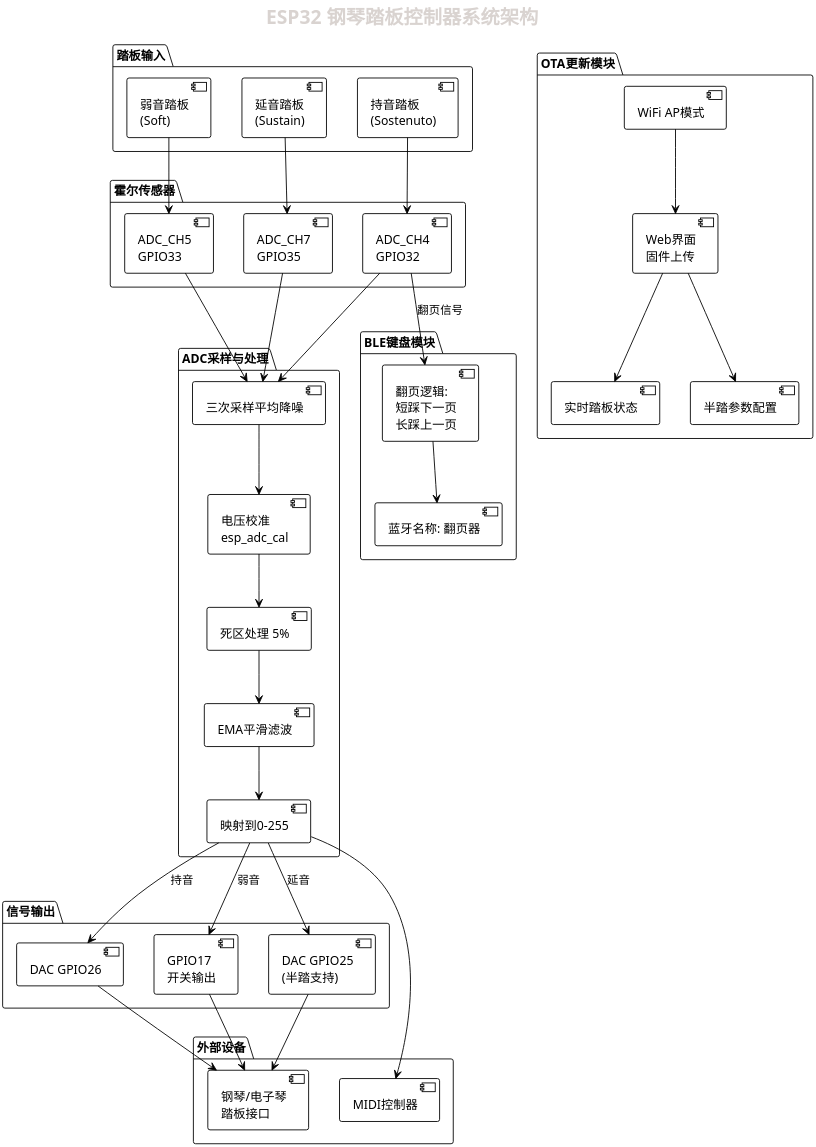
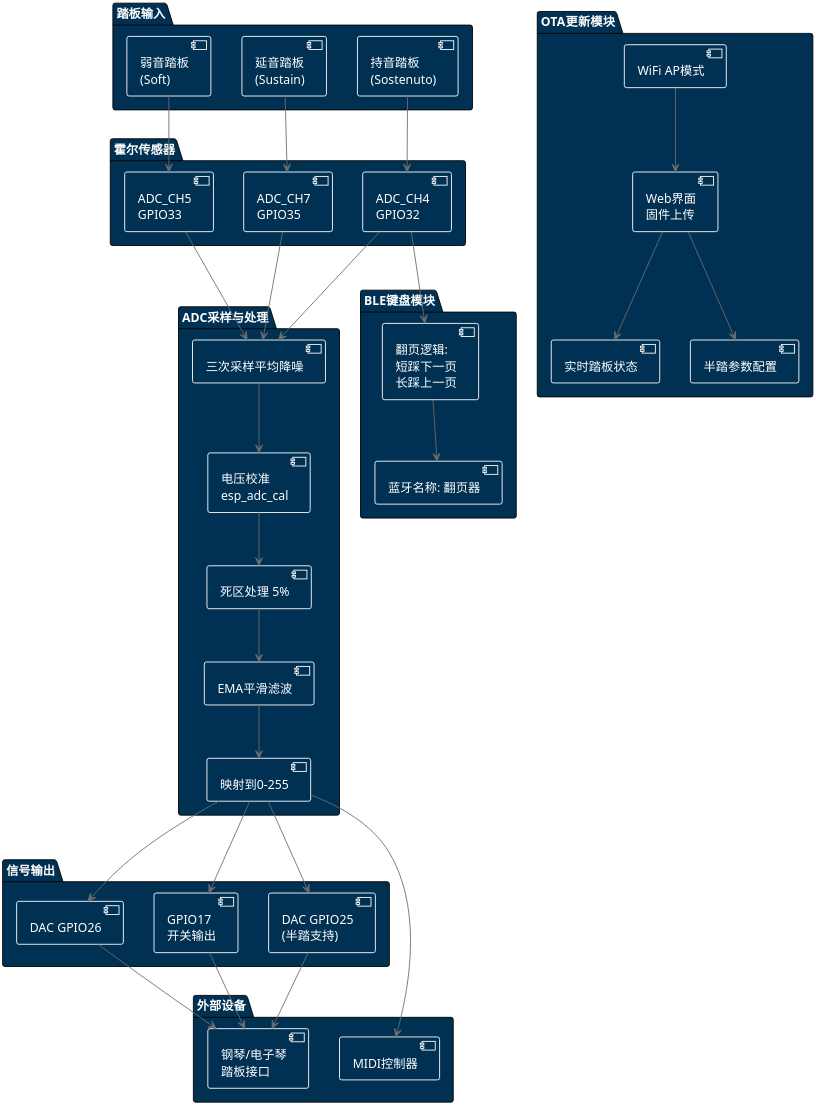
One commit to ningjx/ESP32_Piano_Pedal changed the diagram in Documents/puml/system_architecture.puml. Above: the diagram before and after it, drawn with PlantUML. The commit also changed 1 other file, not shown here.

```diff
--- a/Documents/puml/system_architecture.puml
+++ b/Documents/puml/system_architecture.puml
@@ -1,92 +1,90 @@
 @startuml
 !theme blueprint
 skinparam dpi 280
 skinparam backgroundColor transparent
 skinparam defaultFontName Microsoft YaHei UI
-skinparam componentBorderColor black
-skinparam componentBackgroundColor white
+skinparam componentBorderColor white
 skinparam arrowColor black
-skinparam arrowFontColor black
+skinparam arrowFontColor white
 skinparam packageBorderColor black
-skinparam packageBackgroundColor white
-skinparam packageFontColor black
-skinparam componentFontColor black
-skinparam componentArrowColor black
+skinparam packageFontColor white
+skinparam componentFontColor white
+skinparam componentArrowColor #6d6d6d
 skinparam componentStyle uml2
 
-title ESP32 钢琴踏板控制器系统架构
+'title ESP32 钢琴踏板控制器系统架构
 
 package "踏板输入" {
     [延音踏板\n(Sustain)] as sustain_pedal
     [持音踏板\n(Sostenuto)] as sostenuto_pedal
     [弱音踏板\n(Soft)] as soft_pedal
 }
 
 package "霍尔传感器" {
     [ADC_CH7\nGPIO35] as adc_sustain
     [ADC_CH4\nGPIO32] as adc_sostenuto
     [ADC_CH5\nGPIO33] as adc_soft
 }
 
 package "ADC采样与处理" {
     component "三次采样平均降噪" as avg
     component "电压校准\nesp_adc_cal" as cal
     component "死区处理 5%" as deadzone
     component "EMA平滑滤波" as ema
     component "映射到0-255" as map
 }
 
 package "信号输出" {
     [DAC GPIO25\n(半踏支持)] as dac_sustain
     [DAC GPIO26] as dac_sostenuto
     [GPIO17\n开关输出] as gpio_soft
 }
 
 package "外部设备" {
     [钢琴/电子琴\n踏板接口] as piano
     [MIDI控制器] as midi
 }
 
 package "BLE键盘模块" {
     component "蓝牙名称: 翻页器" as ble
     component "翻页逻辑:\n短踩下一页\n长踩上一页" as ble_logic
 }
 
 package "OTA更新模块" {
     component "WiFi AP模式" as wifi_ap
     component "Web界面\n固件上传" as web_ota
     component "实时踏板状态" as pedal_status
     component "半踏参数配置" as half_config
 }
 
 sustain_pedal --> adc_sustain
 sostenuto_pedal --> adc_sostenuto
 soft_pedal --> adc_soft
 
 adc_sustain --> avg
 adc_sostenuto --> avg
 adc_soft --> avg
 
 avg --> cal
 cal --> deadzone
 deadzone --> ema
 ema --> map
 
 map --> dac_sustain : 延音
 map --> dac_sostenuto : 持音
 map --> gpio_soft : 弱音
 
 dac_sustain --> piano
 dac_sostenuto --> piano
 gpio_soft --> piano
 
 map --> midi
 
 adc_sostenuto --> ble_logic : 翻页信号
 ble_logic --> ble
 
 wifi_ap --> web_ota
 web_ota --> pedal_status
 web_ota --> half_config
 
 @enduml
```
